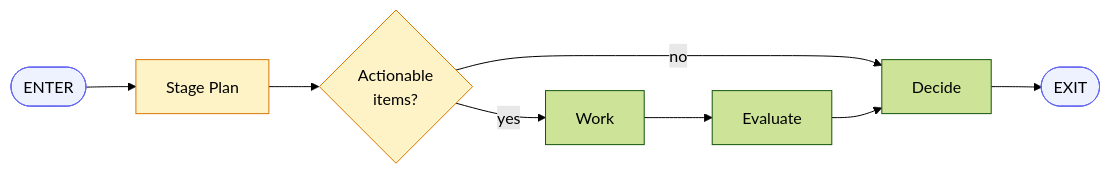
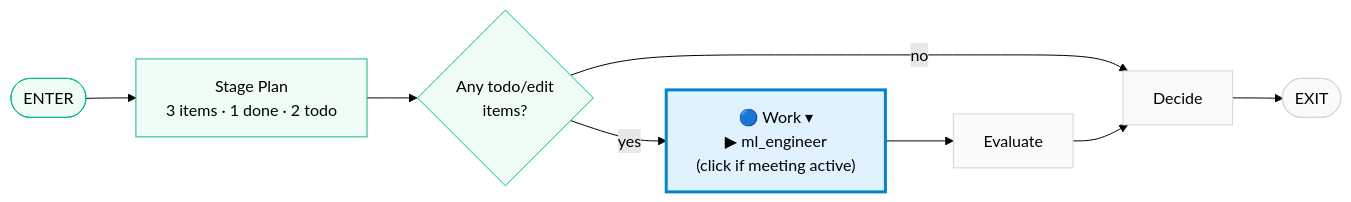
One commit to whats2000/AgentLabX changed the fifth of 7 diagrams in docs/superpowers/specs/2026-04-14-plan7d-layout-preview.md. Above: the diagram before and after it, drawn with Mermaid (forest theme). The commit also changed other lines of this file and 1 other file, not shown here.

````diff
--- a/docs/superpowers/specs/2026-04-14-plan7d-layout-preview.md
+++ b/docs/superpowers/specs/2026-04-14-plan7d-layout-preview.md
@@ -238,15 +208,17 @@
 ```mermaid
 flowchart LR
-    ENTER([ENTER]) --> PLAN[Stage Plan]
-    PLAN --> GATE{Actionable<br/>items?}
-    GATE -->|yes| WORK[Work]
+    ENTER([ENTER]) --> PLAN["Stage Plan<br/>3 items · 1 done · 2 todo"]
+    PLAN --> GATE{"Any todo/edit<br/>items?"}
+    GATE -->|yes| WORK["🔵 Work ▾<br/>▶ ml_engineer<br/>(click if meeting active)"]
     GATE -->|no| DECIDE[Decide]
     WORK --> EVAL[Evaluate]
     EVAL --> DECIDE[Decide]
     DECIDE --> EXIT([EXIT])
 
-    classDef term fill:#eef2ff,stroke:#6366f1
-    classDef plan fill:#fef3c7,stroke:#d97706
-    class ENTER,EXIT term
-    class PLAN,GATE plan
+    classDef active fill:#e0f2fe,stroke:#0284c7,stroke-width:3px
+    classDef done fill:#f0fdf4,stroke:#10b981
+    classDef pending fill:#fafafa,stroke:#d4d4d4
+    class ENTER,PLAN,GATE done
+    class WORK active
+    class EVAL,DECIDE,EXIT pending
 ```
````
